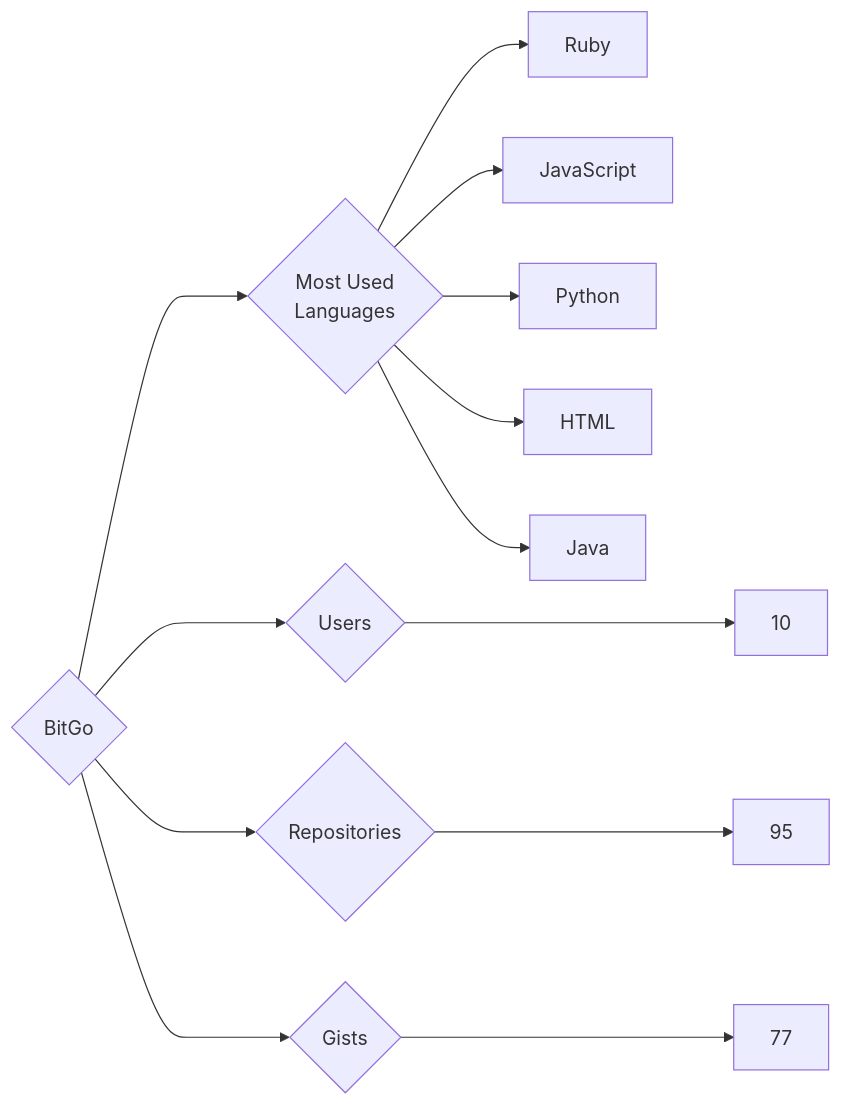
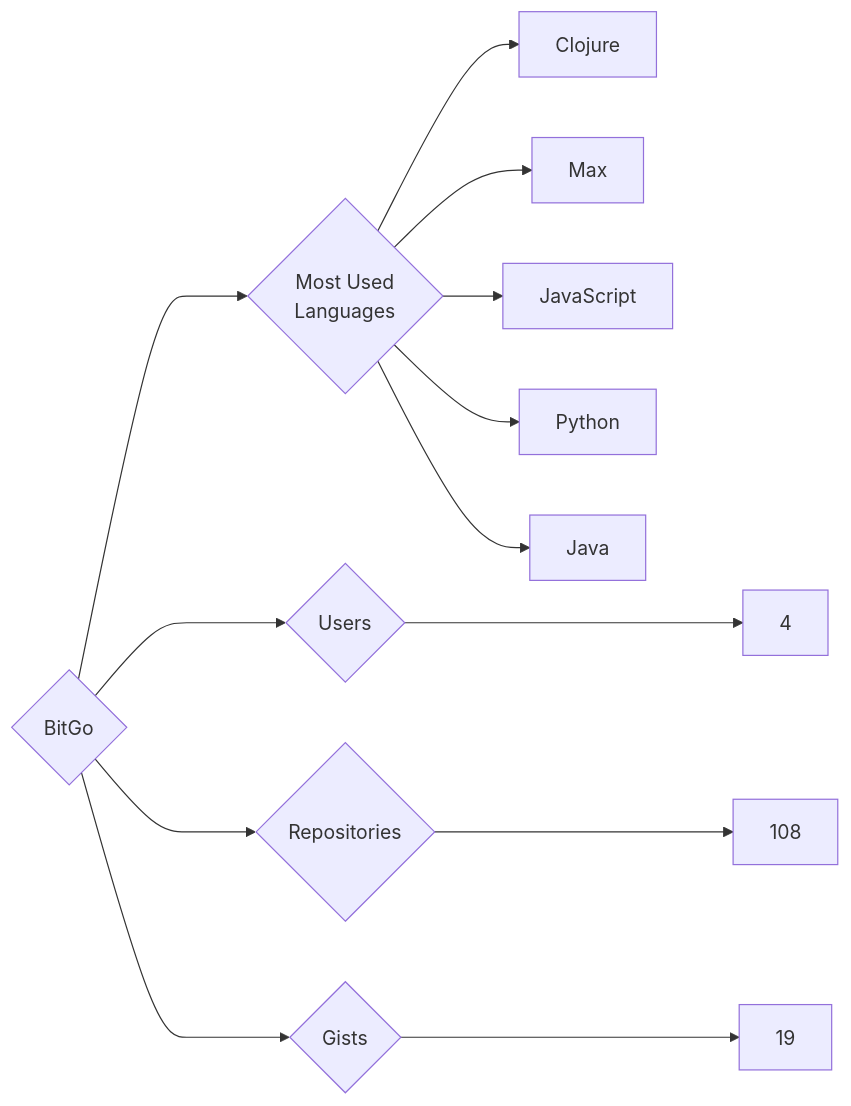
One commit to trickest/insiders changed the diagram in targets/BitGo/README.md. Above: the diagram before and after it, drawn with Mermaid. The commit also changed 1314 other files, not shown here.

````diff
--- a/targets/BitGo/README.md
+++ b/targets/BitGo/README.md
@@ -3,13 +3,13 @@
 ```mermaid
 graph LR
 COMPANY_NAME{BitGo}
-COMPANY_NAME ---> U{Users} ---> UN[10]
-COMPANY_NAME ---> R{Repositories} ---> RN[95]
-COMPANY_NAME ---> G{Gists} ---> GN[77]
+COMPANY_NAME ---> U{Users} ---> UN[4]
+COMPANY_NAME ---> R{Repositories} ---> RN[108]
+COMPANY_NAME ---> G{Gists} ---> GN[19]
 COMPANY_NAME ---> ML{Most Used<br>Languages}
-ML --> Ruby[Ruby]
+ML --> Clojure[Clojure]
+ML --> Max[Max]
 ML --> JavaScript[JavaScript]
 ML --> Python[Python]
-ML --> HTML[HTML]
 ML --> Java[Java]
 ```
````
